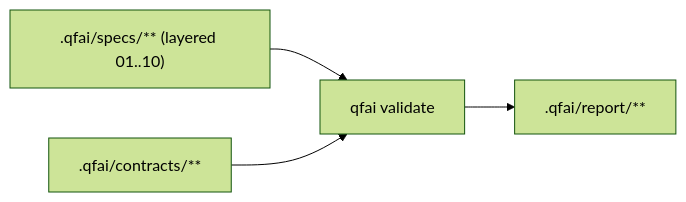
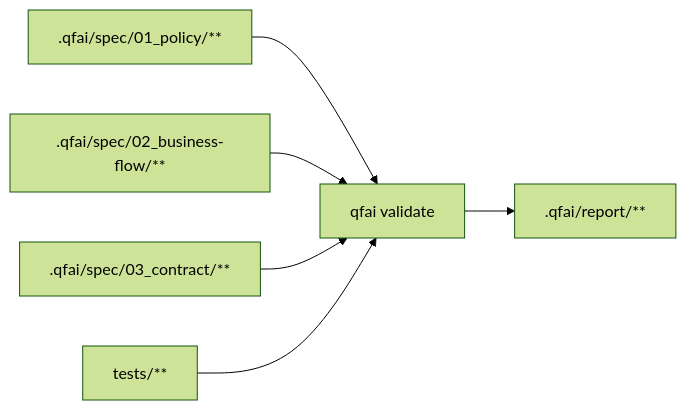
The second of 2 diagrams in README.md (aganesy/QFAI), drawn with Mermaid (forest theme) before and after one commit. The commit also changed other lines of this file and 2521 other files, not shown here.

````diff
--- a/README.md
+++ b/README.md
@@ -388,6 +343,8 @@
 ```mermaid
 flowchart LR
-  S[".qfai/specs/** (layered 01..10)"] --> V["qfai validate"]
-  C[".qfai/contracts/**"] --> V
+  P[".qfai/spec/01_policy/**"] --> V["qfai validate"]
+  F[".qfai/spec/02_business-flow/**"] --> V
+  C[".qfai/spec/03_contract/**"] --> V
+  T["tests/**"] --> V
   V --> R[".qfai/report/**"]
 ```
````
